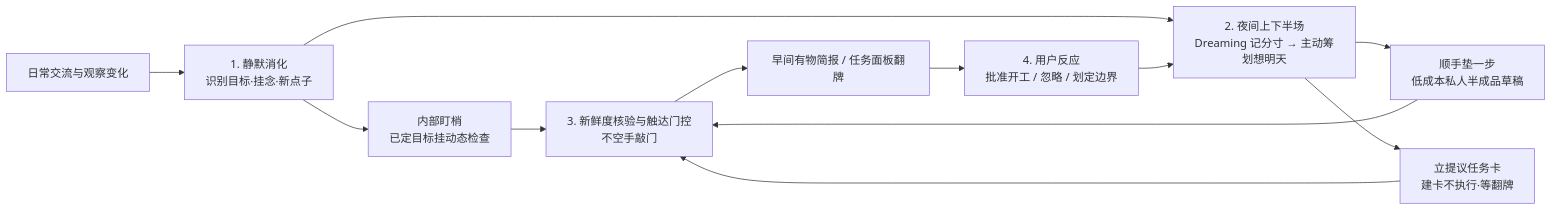
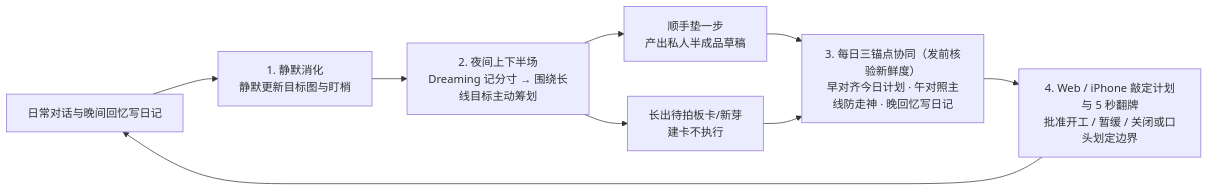
One commit to Mrchen116/nano-multiagent changed the diagram in docs/changes/feat-785-pa-proactivity/spec.md. Above: the diagram before and after it, drawn with Mermaid. The commit also changed other lines of this file, not shown here.

Commit message:
docs(feat-785): finalize spec for PA proactivity and progressive goal graphs

````diff
--- a/docs/changes/feat-785-pa-proactivity/spec.md
+++ b/docs/changes/feat-785-pa-proactivity/spec.md
@@ -81,14 +123,11 @@
 ```mermaid
 flowchart LR
-  Chat["日常交流与观察变化"] --> Quiet["1. 静默消化<br/>识别目标·挂念·新点子"]
-  Quiet --> Track["内部盯梢<br/>已定目标挂动态检查"]
-  Quiet --> Night["2. 夜间上下半场<br/>Dreaming 记分寸 → 主动筹划想明天"]
-  Night --> Prep["顺手垫一步<br/>低成本私人半成品草稿"]
-  Night --> Propose["立提议任务卡<br/>建卡不执行·等翻牌"]
-  Track --> Gate["3. 新鲜度核验与触达门控<br/>不空手敲门"]
-  Prep --> Gate
-  Propose --> Gate
-  Gate --> Brief["早间有物简报 / 任务面板翻牌"]
-  Brief --> Feedback["4. 用户反应<br/>批准开工 / 忽略 / 划定边界"]
-  Feedback --> Night
+  Chat["日常对话与晚间回忆写日记"] --> Quiet["1. 静默消化<br/>静默更新目标图与盯梢"]
+  Quiet --> Night["2. 夜间上下半场<br/>Dreaming 记分寸 → 围绕长线目标主动筹划"]
+  Night --> Prep["顺手垫一步<br/>产出私人半成品草稿"]
+  Night --> Propose["长出待拍板卡/新芽<br/>建卡不执行"]
+  Prep --> Rhythm["3. 每日三锚点协同（发前核验新鲜度）<br/>早对齐今日计划 · 午对照主线防走神 · 晚回忆写日记"]
+  Propose --> Rhythm
+  Rhythm --> Act["4. Web / iPhone 敲定计划与 5 秒翻牌<br/>批准开工 / 暂缓 / 关闭或口头划定边界"]
+  Act --> Chat
 ```
````
